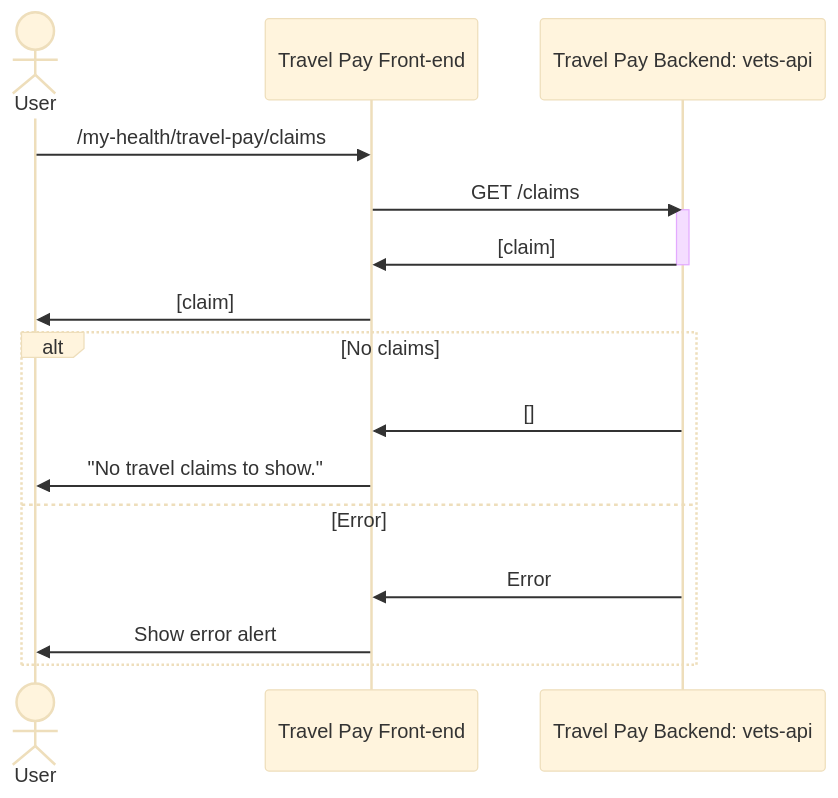
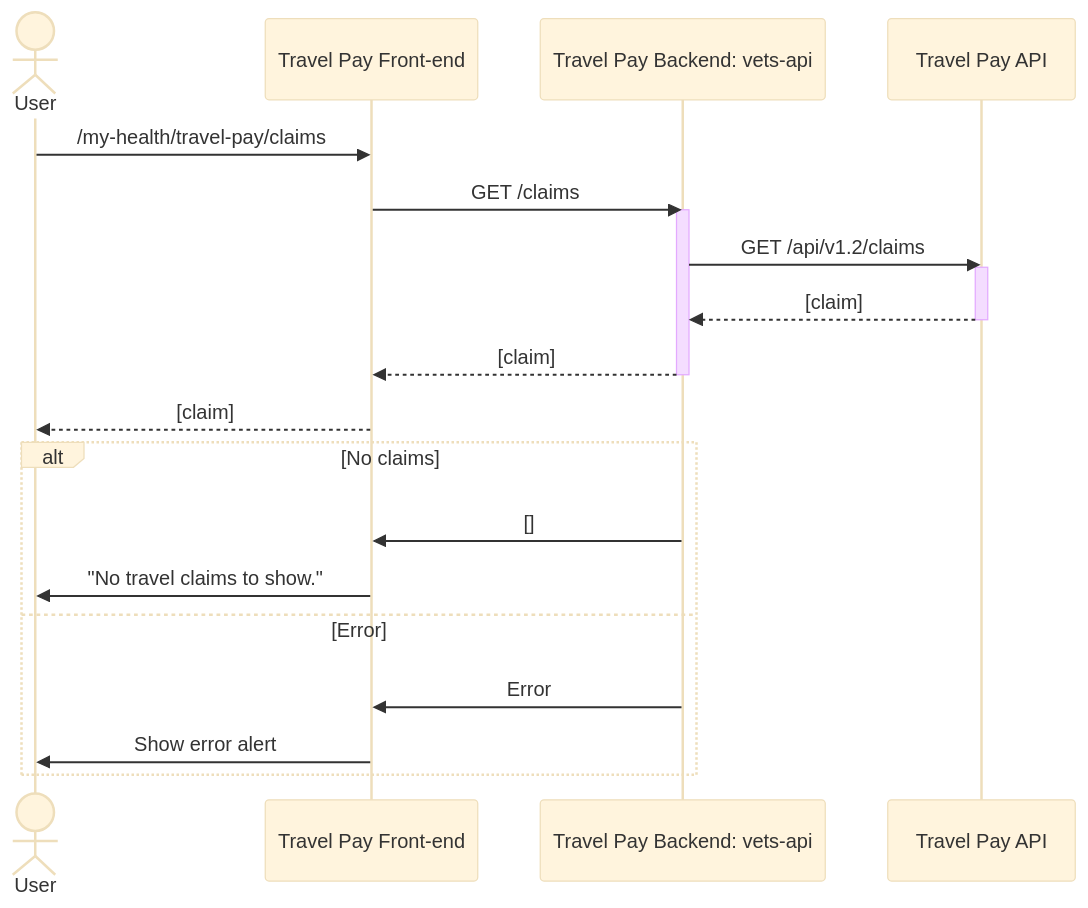
Before and after one commit to department-of-veterans-affairs/va.gov-team: the first of 5 diagrams in products/health-care/beneficiary-travel/engineering/submit-claim/full-sequence-diagram.md, drawn with Mermaid (base theme). The commit also changed other lines of this file, not shown here.

````diff
--- a/products/health-care/beneficiary-travel/engineering/submit-claim/full-sequence-diagram.md
+++ b/products/health-care/beneficiary-travel/engineering/submit-claim/full-sequence-diagram.md
@@ -5,20 +5,28 @@
 ```mermaid
 sequenceDiagram
     actor user as User
     participant tp as Travel Pay Front-end
     participant tpm  as Travel Pay Backend: vets-api
+    participant tpapi as Travel Pay API
 
     user->>tp: /my-health/travel-pay/claims
+
     tp->>tpm: GET /claims
     activate tpm
-    tpm->>tp: [claim]
+        tpm->>tpapi: GET /api/v1.2/claims
+        activate tpapi
+            tpapi-->>tpm: [claim]
+        deactivate tpapi
+
+        tpm-->>tp: [claim]
     deactivate tpm
-    tp->>user: [claim]
+
+    tp-->>user: [claim]
     alt No claims
         tpm->>tp: []
         tp->>user: "No travel claims to show."
     else Error
         tpm->>tp: Error
         tp->>user: Show error alert
     end
 ```
````
